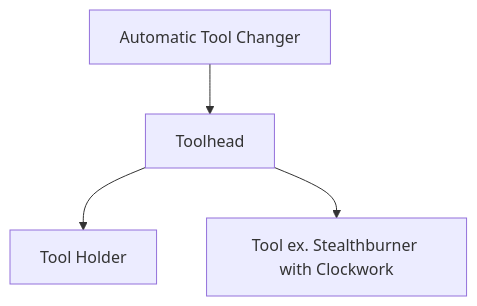
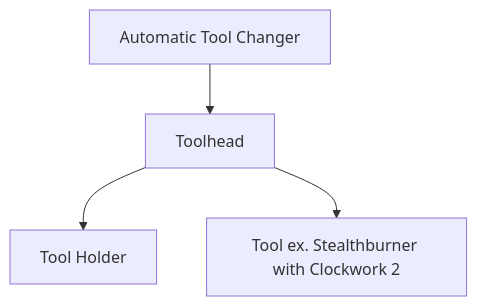
The diagram in Automatic Tool Changer/README.md (ben5459/HybridManufacturingPlatform), drawn with Mermaid before and after one commit.

````diff
--- a/Automatic Tool Changer/README.md
+++ b/Automatic Tool Changer/README.md
@@ -24,6 +24,6 @@
 ```mermaid
 graph TD;
     1[Automatic Tool Changer]-->2[Toolhead];
     2[Toolhead]-->3[Tool Holder];
-    2[Toolhead]-->4[Tool ex. Stealthburner with Clockwork];
+    2[Toolhead]-->4[Tool ex. Stealthburner with Clockwork 2];
 ```
````
